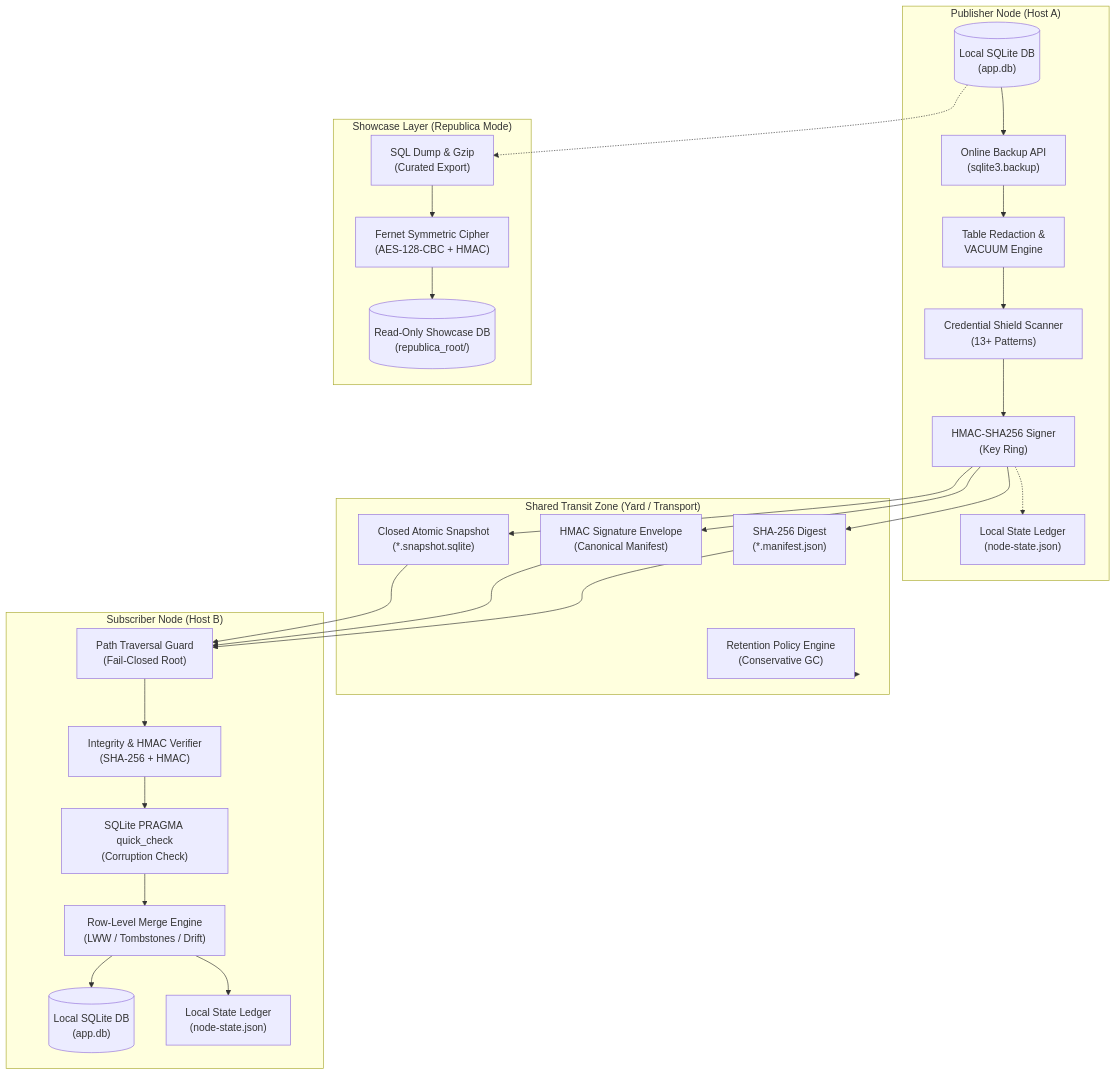
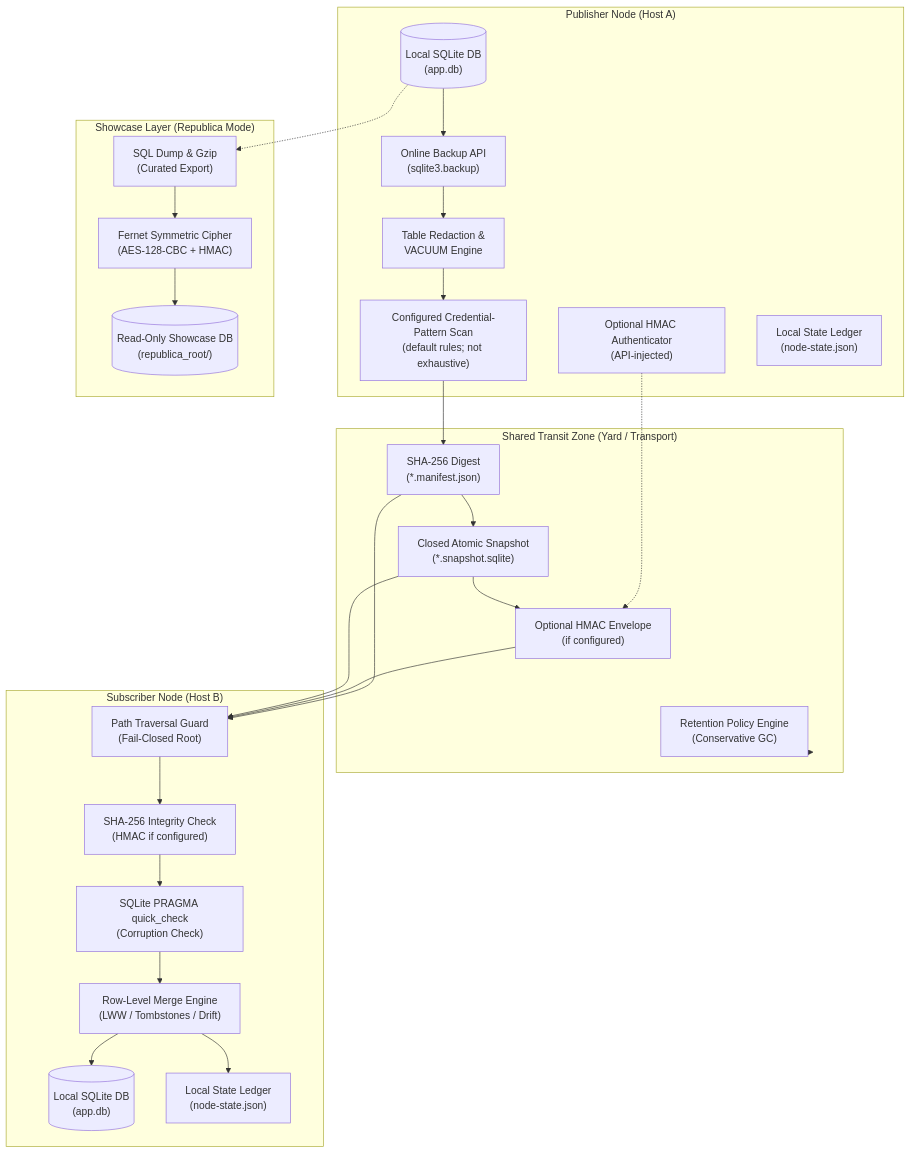
Before and after one commit to ellmos-ai/sqlite-transit-sync: the first of 2 diagrams in README.md, drawn with Mermaid. The commit also changed other lines of this file and 8 other files, not shown here.

````diff
--- a/README.md
+++ b/README.md
@@ -83,59 +81,58 @@
 ```mermaid
 flowchart TD
     subgraph NODE_A ["Publisher Node (Host A)"]
         DB_A[("Local SQLite DB<br/>(app.db)")]
         BACKUP_A["Online Backup API<br/>(sqlite3.backup)"]
         REDACT_A["Table Redaction &<br/>VACUUM Engine"]
-        SHIELD_A["Credential Shield Scanner<br/>(13+ Patterns)"]
-        HMAC_A["HMAC-SHA256 Signer<br/>(Key Ring)"]
+        SHIELD_A["Configured Credential-Pattern Scan<br/>(default rules; not exhaustive)"]
+        HMAC_A["Optional HMAC Authenticator<br/>(API-injected)"]
         STATE_A["Local State Ledger<br/>(node-state.json)"]
     end
 
     subgraph TRANSIT ["Shared Transit Zone (Yard / Transport)"]
         SNAP["Closed Atomic Snapshot<br/>(*.snapshot.sqlite)"]
-        SIG["HMAC Signature Envelope<br/>(Canonical Manifest)"]
+        SIG["Optional HMAC Envelope<br/>(if configured)"]
         HASH["SHA-256 Digest<br/>(*.manifest.json)"]
         RETENTION["Retention Policy Engine<br/>(Conservative GC)"]
     end
 
     subgraph NODE_B ["Subscriber Node (Host B)"]
         GUARD_B["Path Traversal Guard<br/>(Fail-Closed Root)"]
-        VERIFY_B["Integrity & HMAC Verifier<br/>(SHA-256 + HMAC)"]
+        VERIFY_B["SHA-256 Integrity Check<br/>(HMAC if configured)"]
         SANITY_B["SQLite PRAGMA quick_check<br/>(Corruption Check)"]
         MERGE_B["Row-Level Merge Engine<br/>(LWW / Tombstones / Drift)"]
         DB_B[("Local SQLite DB<br/>(app.db)")]
         STATE_B["Local State Ledger<br/>(node-state.json)"]
     end
 
     subgraph SHOWCASE ["Showcase Layer (Republica Mode)"]
         REP_EXP["SQL Dump & Gzip<br/>(Curated Export)"]
         REP_FER["Fernet Symmetric Cipher<br/>(AES-128-CBC + HMAC)"]
         REP_RO[("Read-Only Showcase DB<br/>(republica_root/)")]
     end
 
     DB_A --> BACKUP_A
     BACKUP_A --> REDACT_A
     REDACT_A --> SHIELD_A
-    SHIELD_A --> HMAC_A
-    HMAC_A --> SNAP
-    HMAC_A --> SIG
-    HMAC_A --> HASH
+    SHIELD_A --> HASH
+    HASH --> SNAP
+    SNAP --> SIG
+    HMAC_A -.-> SIG
     SNAP --- TRANSIT
     SIG --- TRANSIT
     HASH --- TRANSIT
     TRANSIT --> RETENTION
 
     SNAP --> GUARD_B
     SIG --> GUARD_B
     HASH --> GUARD_B
     GUARD_B --> VERIFY_B
     VERIFY_B --> SANITY_B
     SANITY_B --> MERGE_B
     MERGE_B --> DB_B
     MERGE_B --> STATE_B
-    HMAC_A -.-> STATE_A
 
     DB_A -.-> REP_EXP
     REP_EXP --> REP_FER
     REP_FER --> REP_RO
 ```
````
